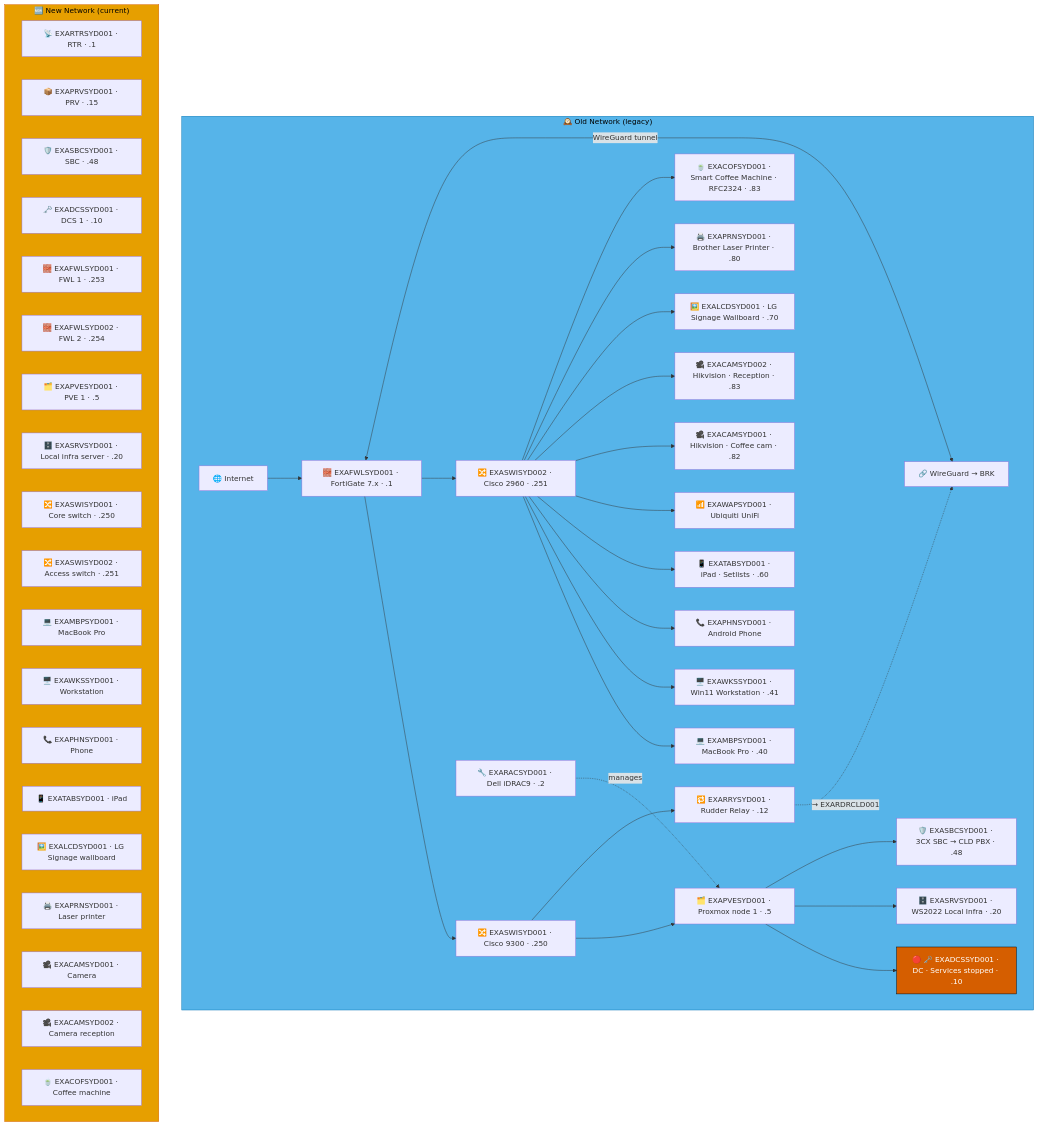
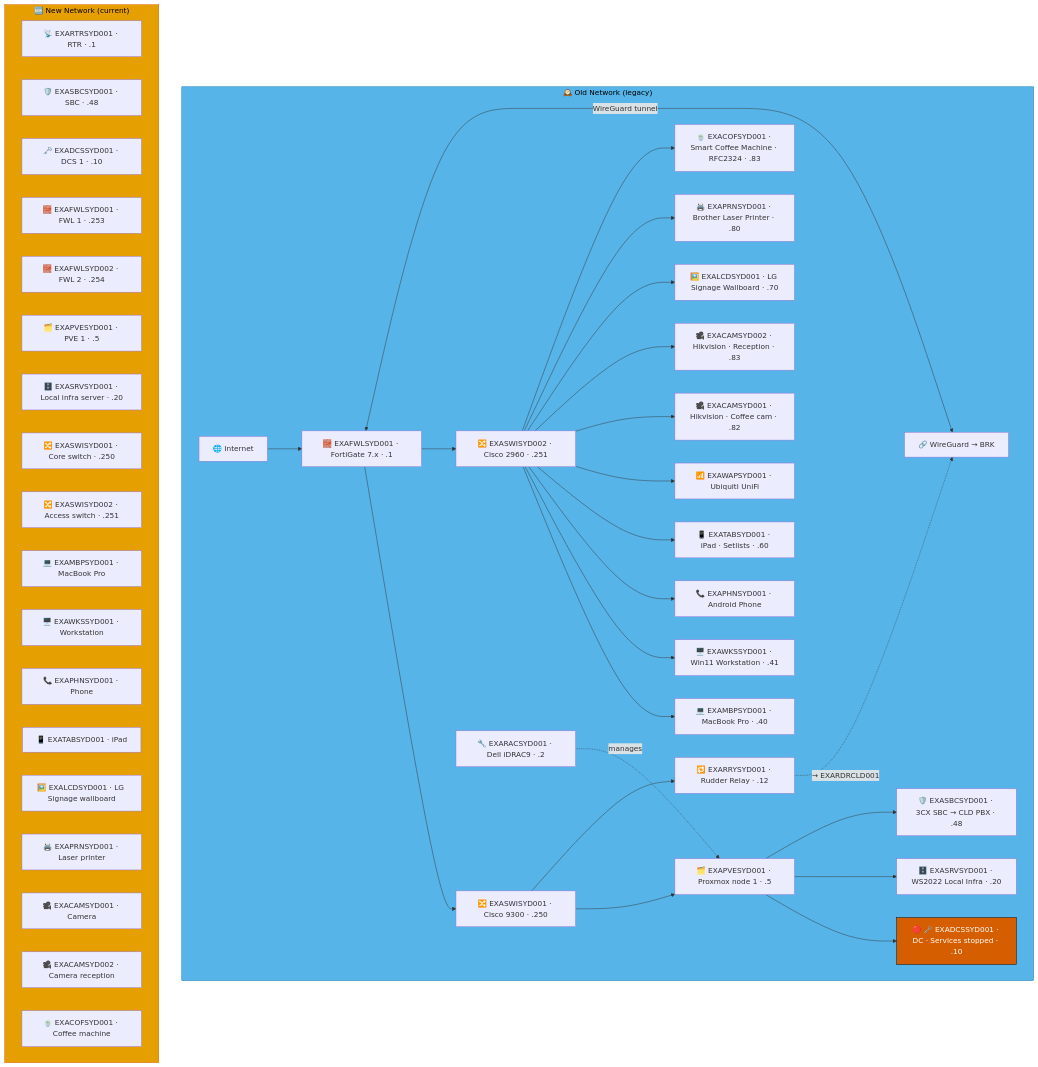
One commit to knightmare2600/example_music_infra changed the first of 2 diagrams in docs/network-diagram/australia.md. Above: the diagram before and after it, drawn with Mermaid. The commit also changed other lines of this file and 55 other files, not shown here.

````diff
--- a/docs/network-diagram/australia.md
+++ b/docs/network-diagram/australia.md
@@ -17,63 +17,62 @@
 ```mermaid
 graph TD
     subgraph OLD_SYD ["🕰️ Old Network (legacy)"]
       INET["🌐 Internet"]
       FWL["🧱 EXAFWLSYD001 · FortiGate 7.x · .1"]
       SW1["🔀 EXASWISYD001 · Cisco 9300 · .250"]
       SW2["🔀 EXASWISYD002 · Cisco 2960 · .251"]
       RAC["🔧 EXARACSYD001 · Dell iDRAC9 · .2"]
       PVE["🗂️ EXAPVESYD001 · Proxmox node 1 · .5"]
       DC["🔴 🗝️ EXADCSSYD001 · DC · Services stopped · .10"]
       SRV["🗄️ EXASRVSYD001 · WS2022 Local Infra · .20"]
       SBC["🛡️ EXASBCSYD001 · 3CX SBC → CLD PBX · .48"]
       RRY["🔁 EXARRYSYD001 · Rudder Relay · .12"]
       MBP["💻 EXAMBPSYD001 · MacBook Pro · .40"]
       WKS["🖥️ EXAWKSSYD001 · Win11 Workstation · .41"]
       PHN["📞 EXAPHNSYD001 · Android Phone"]
       TAB["📱 EXATABSYD001 · iPad · Setlists · .60"]
       WAP["📶 EXAWAPSYD001 · Ubiquiti UniFi"]
       CAM1["🎥 EXACAMSYD001 · Hikvision · Coffee cam · .82"]
       CAM2["🎥 EXACAMSYD002 · Hikvision · Reception · .83"]
       LCD["🖼️ EXALCDSYD001 · LG Signage Wallboard · .70"]
       PRN["🖨️ EXAPRNSYD001 · Brother Laser Printer · .80"]
       COF["🍵 EXACOFSYD001 · Smart Coffee Machine · RFC2324 · .83"]
       VPN["🔗 WireGuard → BRK"]
 
       INET --> FWL --> SW1 & SW2
       SW1 --> PVE --> DC & SRV & SBC
       RAC -.->|"manages"| PVE
       SW2 --> MBP & WKS & PHN & TAB & WAP
       SW2 --> CAM1 & CAM2 & LCD & PRN & COF
       FWL <-->|"WireGuard tunnel"| VPN
 
       SW1 --> RRY
       RRY -. "→ EXARDRCLD001" .-> VPN
     end
     style OLD_SYD fill:#56B4E9,stroke:#0072B2,color:#000000
     %% GENERATED:NEW-NETWORK:SYD:START
     subgraph NEW_SYD ["🆕 New Network (current)"]
       N_RTR["📡 EXARTRSYD001 · RTR · .1"]
-      N_PRV["📦 EXAPRVSYD001 · PRV · .15"]
       N_SBC["🛡️ EXASBCSYD001 · SBC · .48"]
       N_DCS["🗝️ EXADCSSYD001 · DCS 1 · .10"]
       N_FWL["🧱 EXAFWLSYD001 · FWL 1 · .253"]
       N_FWL2["🧱 EXAFWLSYD002 · FWL 2 · .254"]
       N_PVE["🗂️ EXAPVESYD001 · PVE 1 · .5"]
       N_SRV["🗄️ EXASRVSYD001 · Local infra server · .20"]
       N_SWI["🔀 EXASWISYD001 · Core switch · .250"]
       N_SWI2["🔀 EXASWISYD002 · Access switch · .251"]
       N_MBP["💻 EXAMBPSYD001 · MacBook Pro"]
       N_WKS["🖥️ EXAWKSSYD001 · Workstation"]
       N_PHN["📞 EXAPHNSYD001 · Phone"]
       N_TAB["📱 EXATABSYD001 · iPad"]
       N_LCD["🖼️ EXALCDSYD001 · LG Signage wallboard"]
       N_PRN["🖨️ EXAPRNSYD001 · Laser printer"]
       N_CAM["🎥 EXACAMSYD001 · Camera"]
       N_CAM2["🎥 EXACAMSYD002 · Camera reception"]
       N_COF["🍵 EXACOFSYD001 · Coffee machine"]
     end
     style NEW_SYD fill:#E69F00,stroke:#D55E00,color:#000000
     %% GENERATED:NEW-NETWORK:SYD:END
     classDef warn fill:#D55E00,stroke:#000000,color:#ffffff
     class DC warn
 ```
````
